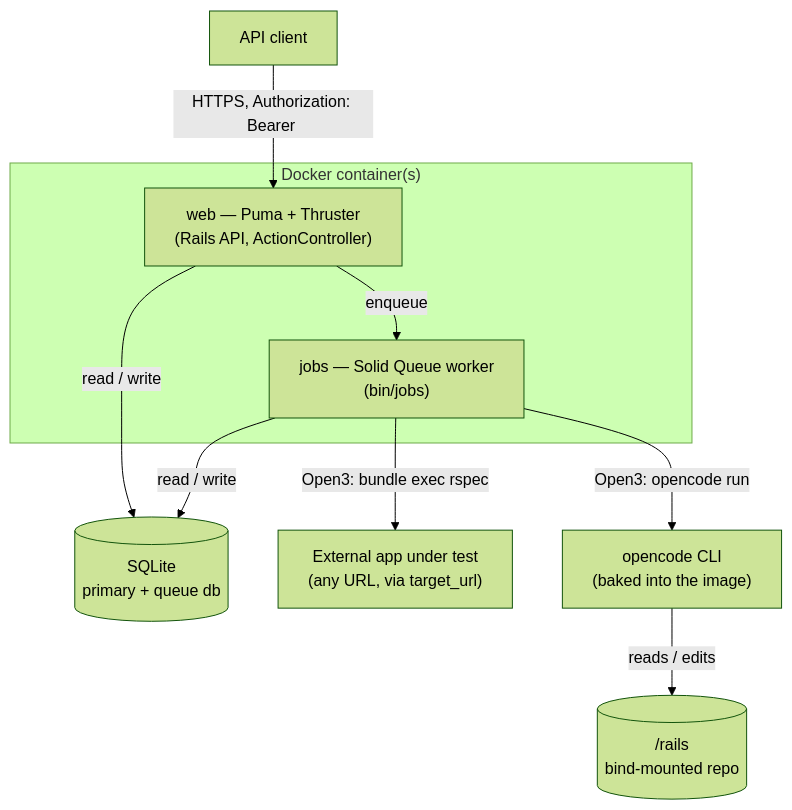
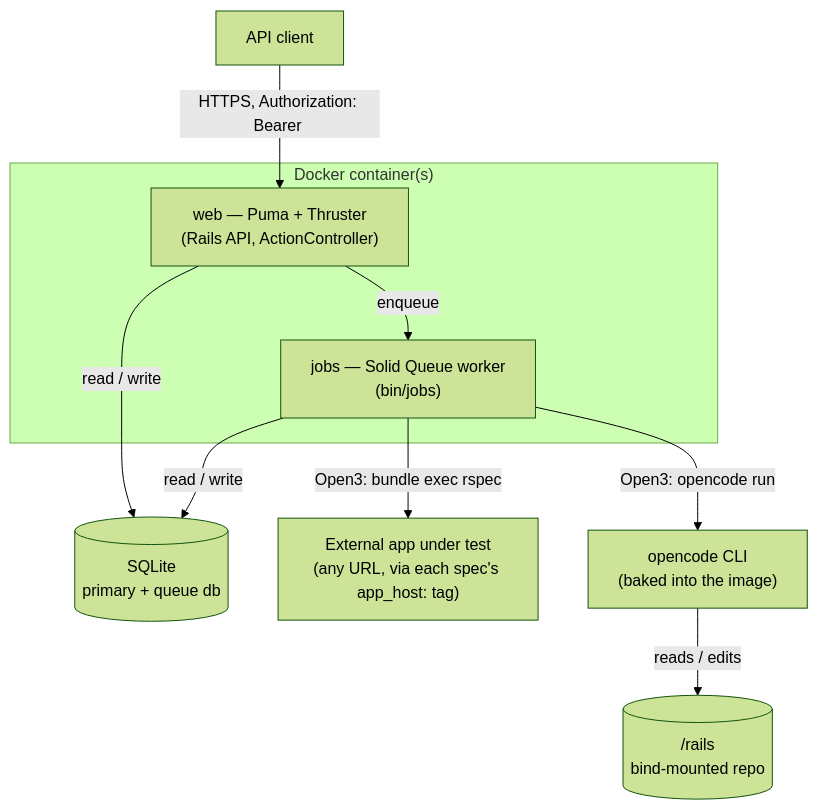
One commit to dev-friends/poc-app-test-api changed the first of 6 diagrams in docs/ARCHITECTURE.md. Above: the diagram before and after it, drawn with Mermaid (forest theme). The commit also changed other lines of this file and 15 other files, not shown here.

First line of the commit message:
Move target_url from TestRun to TestCaseResult

````diff
--- a/docs/ARCHITECTURE.md
+++ b/docs/ARCHITECTURE.md
@@ -49,20 +49,20 @@
 ```mermaid
 graph TB
   Client["API client"]
   subgraph Box["Docker container(s)"]
     Web["web — Puma + Thruster<br/>(Rails API, ActionController)"]
     Jobs["jobs — Solid Queue worker<br/>(bin/jobs)"]
   end
   DB[("SQLite<br/>primary + queue db")]
-  Ext["External app under test<br/>(any URL, via target_url)"]
+  Ext["External app under test<br/>(any URL, via each spec's app_host: tag)"]
   OC["opencode CLI<br/>(baked into the image)"]
   Repo[("/rails<br/>bind-mounted repo")]
 
   Client -- "HTTPS, Authorization: Bearer <token>" --> Web
   Web -- "read / write" --> DB
   Web -- "enqueue" --> Jobs
   Jobs -- "read / write" --> DB
   Jobs -- "Open3: bundle exec rspec" --> Ext
   Jobs -- "Open3: opencode run" --> OC
   OC -- "reads / edits" --> Repo
 ```
````
